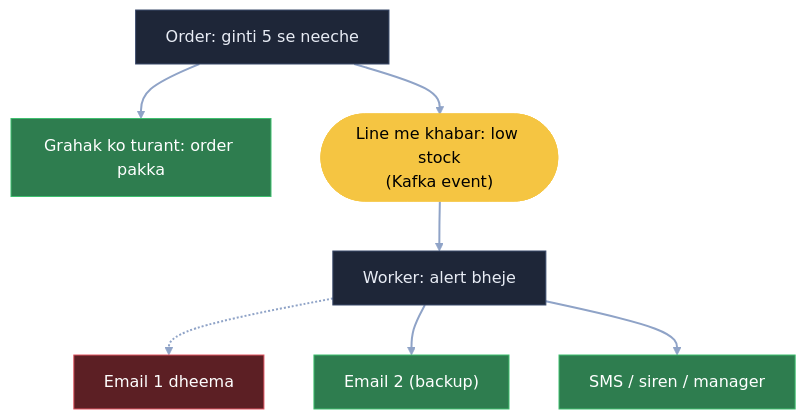
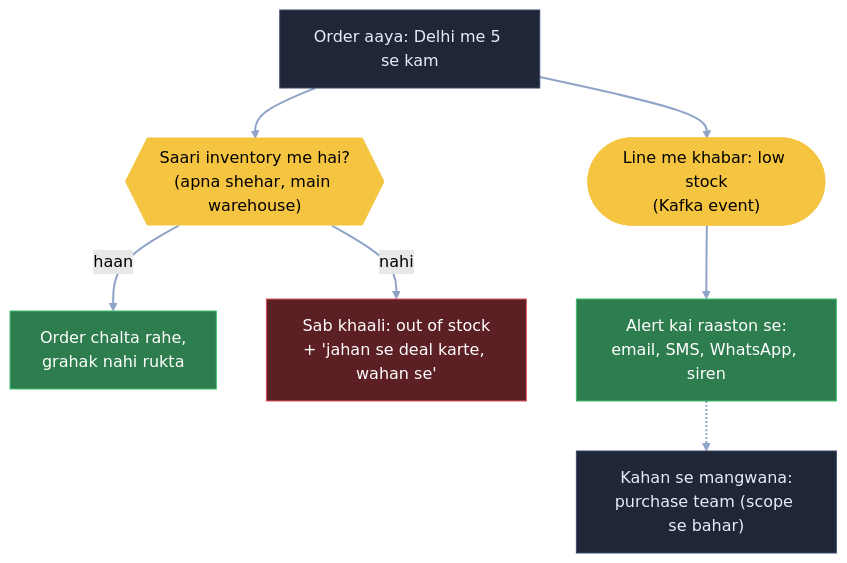
One commit to ArpanMaheshwari144/Prep changed the seventh of 7 diagrams in 04_HLD/SYSTEM_DESIGNS/21_inventory_system/21_inventory_system.md. Above: the diagram before and after it, drawn with Mermaid (forest theme). The commit also changed other lines of this file and 2 other files, not shown here.

Commit message:
HLD inventory 7: 5 se kam pe saari inventory dekho, grahak mat roko, alert kai raaston se, maal mangwana scope se bahar (Arpan ka jawab)

````diff
--- a/04_HLD/SYSTEM_DESIGNS/21_inventory_system/21_inventory_system.md
+++ b/04_HLD/SYSTEM_DESIGNS/21_inventory_system/21_inventory_system.md
@@ -250,21 +255,21 @@
 ```mermaid
 flowchart TB
-    O["Order: ginti 5 se neeche"]:::card
-    OK["Grahak ko turant: order pakka"]:::good
+    O["Order aaya: Delhi me 5 se kam"]:::card
+    J{{"Saari inventory me hai?<br/>(apna shehar, main warehouse)"}}:::pill
+    OK["Order chalta rahe,<br/>grahak nahi rukta"]:::good
     K(["Line me khabar: low stock<br/>(Kafka event)"]):::pill
-    W["Worker: alert bheje"]:::card
-    E1["Email 1 dheema"]:::bad
-    E2["Email 2 (backup)"]:::good
-    SMS["SMS / siren / manager"]:::good
-    O --> OK
+    AL["Alert kai raaston se:<br/>email, SMS, WhatsApp, siren"]:::good
+    OS["Sab khaali: out of stock<br/>+ 'jahan se deal karte, wahan se'"]:::bad
+    PT["Kahan se mangwana:<br/>purchase team (scope se bahar)"]:::card
+    O --> J
+    J -- "haan" --> OK
+    J -- "nahi" --> OS
     O --> K
-    K --> W
-    W -.-> E1
-    W --> E2
-    W --> SMS
+    K --> AL
+    AL -.-> PT
     linkStyle default stroke:#8fa3c7,stroke-width:2px
     classDef card fill:#1e2638,stroke:#3a4a6b,color:#e8ecf5
     classDef pill fill:#f5c542,stroke:#f5c542,color:#000
     classDef good fill:#2e7d4f,stroke:#3fbf6f,color:#fff
     classDef bad fill:#5c1f24,stroke:#e05561,color:#fff
 ```
````
